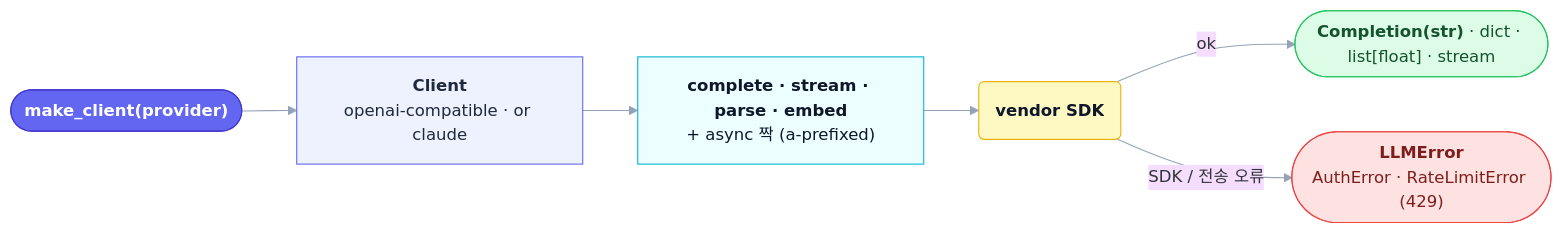
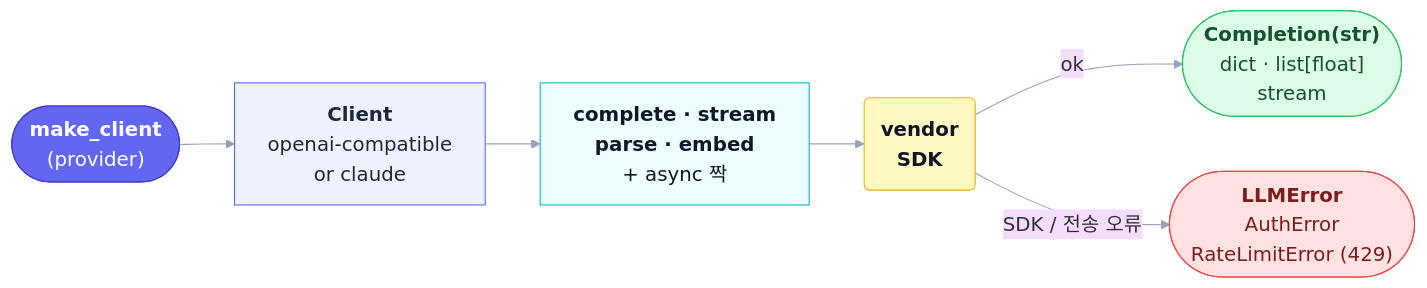
Before and after one commit to seokhoonj/thinchat: the diagram in README.ko.md, drawn with Mermaid. The commit also changed 1 other file, not shown here.

Commit message:
Stack the flow-diagram node labels onto multiple lines and enlarge the font

````diff
--- a/README.ko.md
+++ b/README.ko.md
@@ -227,19 +227,19 @@
 ```mermaid
-%%{init: {'theme':'base','themeVariables':{'fontSize':'15px','fontFamily':'ui-sans-serif, system-ui, sans-serif','lineColor':'#94a3b8'}}}%%
+%%{init: {'theme':'base','themeVariables':{'fontSize':'18px','fontFamily':'ui-sans-serif, system-ui, sans-serif','lineColor':'#94a3b8'}}}%%
 flowchart LR
-  M(["<b>make_client(provider)</b>"]):::entry
-  C["<b>Client</b><br/>openai-compatible · or claude"]:::client
-  V["<b>complete · stream · parse · embed</b><br/>+ async 짝 (a-prefixed)"]:::verb
-  S("<b>vendor SDK</b>"):::sdk
-  O(["<b>Completion(str)</b> · dict · list[float] · stream"]):::ok
-  E(["<b>LLMError</b><br/>AuthError · RateLimitError (429)"]):::err
+  M(["<b>make_client</b><br/>(provider)"]):::entry
+  C["<b>Client</b><br/>openai-compatible<br/>or claude"]:::client
+  V["<b>complete · stream</b><br/><b>parse · embed</b><br/>+ async 짝"]:::verb
+  S("<b>vendor<br/>SDK</b>"):::sdk
+  O(["<b>Completion(str)</b><br/>dict · list[float]<br/>stream"]):::ok
+  E(["<b>LLMError</b><br/>AuthError<br/>RateLimitError (429)"]):::err
   M --> C --> V --> S
   S -->|ok| O
   S -->|"SDK / 전송 오류"| E
   classDef entry  fill:#6366f1,color:#ffffff,stroke:#4338ca,stroke-width:1px;
   classDef client fill:#eef2ff,color:#1e293b,stroke:#6366f1,stroke-width:1px;
   classDef verb   fill:#ecfeff,color:#0f172a,stroke:#06b6d4,stroke-width:1px;
   classDef sdk    fill:#fef9c3,color:#0f172a,stroke:#eab308,stroke-width:1px;
   classDef ok     fill:#dcfce7,color:#14532d,stroke:#22c55e,stroke-width:1px;
   classDef err    fill:#fee2e2,color:#7f1d1d,stroke:#ef4444,stroke-width:1px;
 ```
````
